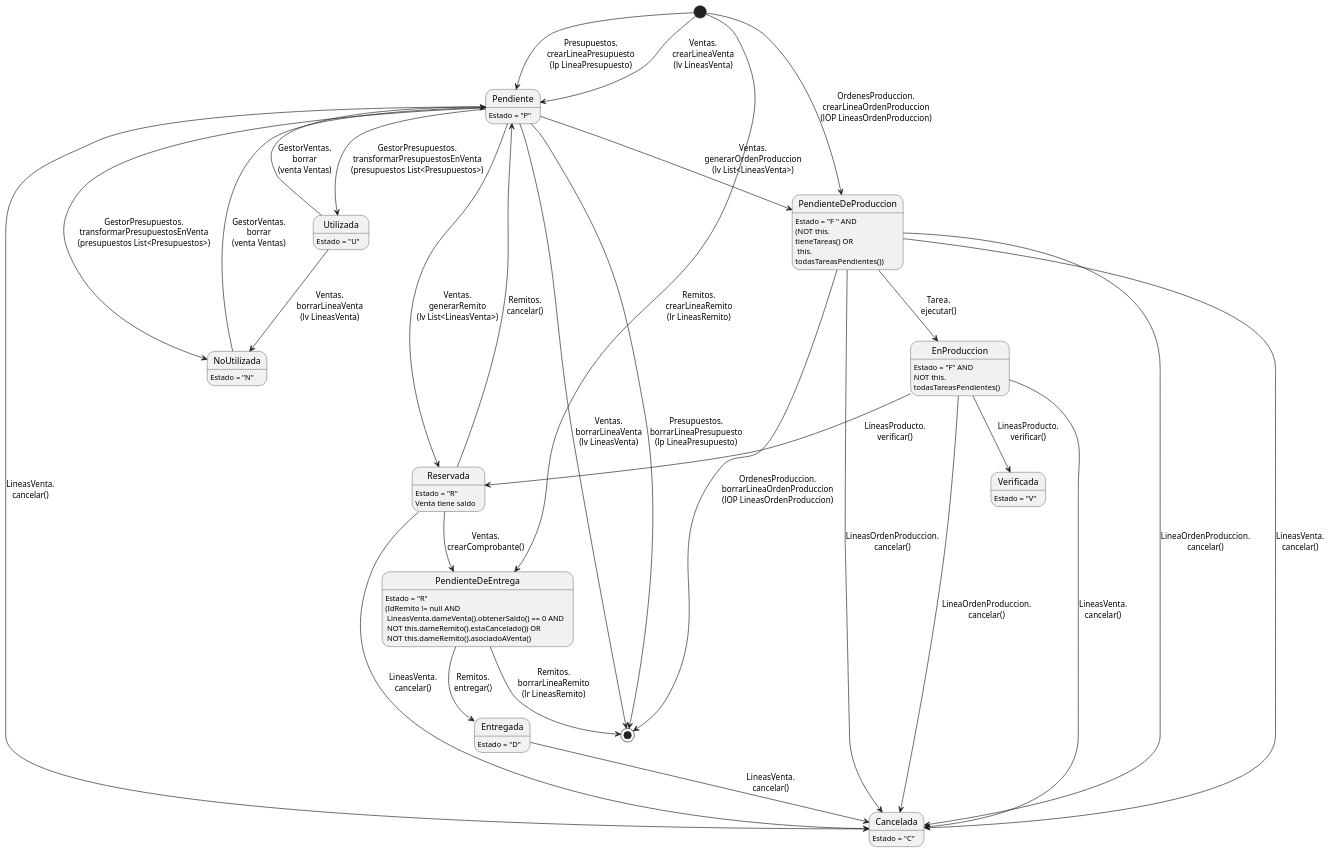
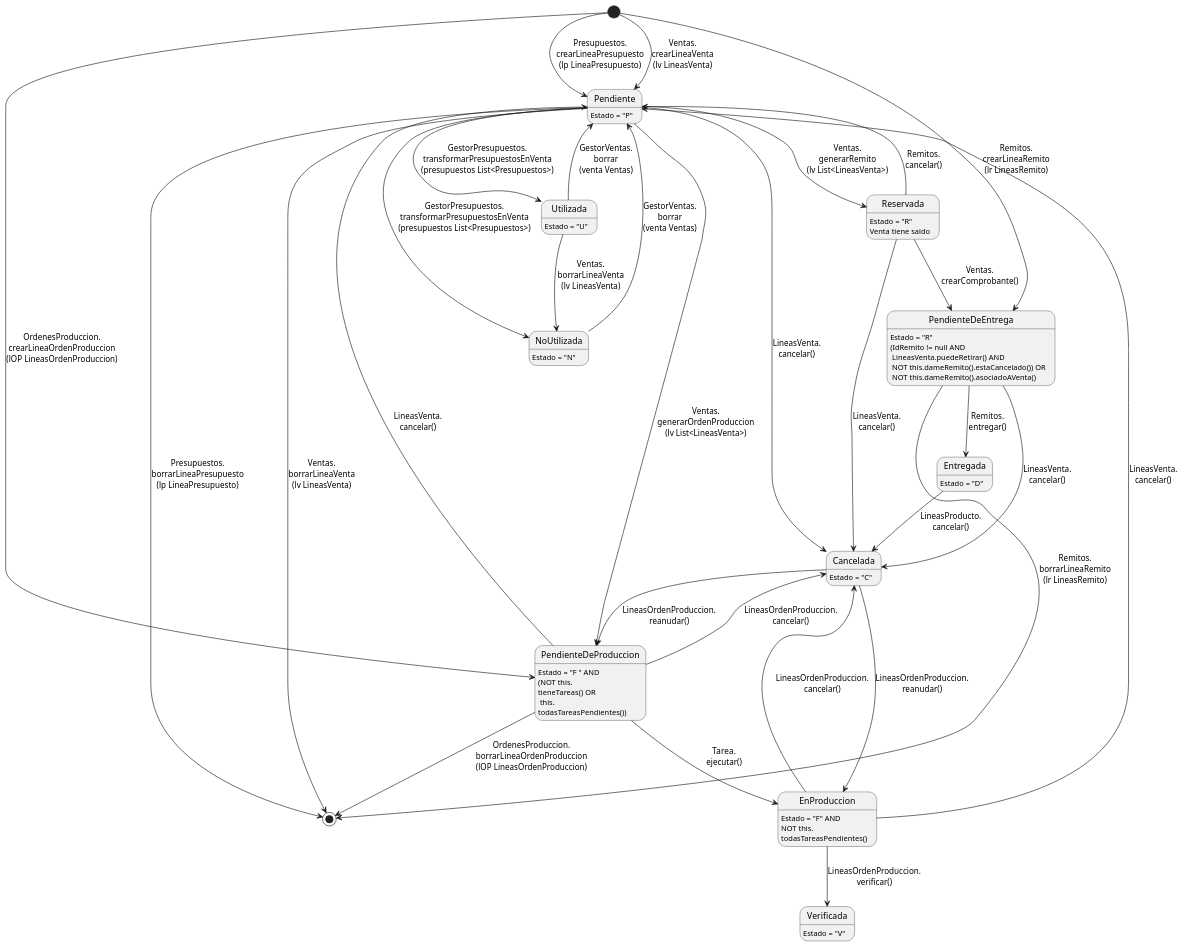
Before and after one commit to ZMGestion/DocumentacionZMGestion: the third of 7 diagrams in DiagramasEstado/DiagramaDeEstado.puml, drawn with PlantUML. The commit also changed other lines of this file and 9 other files, not shown here.

Commit message:
Cambios DiagramaDeEstado y sus imagenes

```diff
--- a/DiagramasEstado/DiagramaDeEstado.puml
+++ b/DiagramasEstado/DiagramaDeEstado.puml
@@ -40,49 +40,50 @@
 @startuml lineasProducto
 Pendiente: Estado = "P"
 Cancelada: Estado = "C"
 NoUtilizada: Estado = "N"
 Utilizada: Estado = "U"
 PendienteDeProduccion: Estado = "F " AND
 PendienteDeProduccion:(NOT this.\ntieneTareas() OR\n this.\ntodasTareasPendientes())
 EnProduccion: Estado = "F" AND
 EnProduccion: NOT this.\ntodasTareasPendientes()
 Verificada: Estado = "V"
 Reservada: Estado = "R"
 Reservada: Venta tiene saldo
 PendienteDeEntrega: Estado = "R"
-PendienteDeEntrega: (IdRemito != null AND\n LineasVenta.dameVenta().obtenerSaldo() == 0 AND\n NOT this.dameRemito().estaCancelado()) OR\n NOT this.dameRemito().asociadoAVenta()
+PendienteDeEntrega: (IdRemito != null AND\n LineasVenta.puedeRetirar() AND\n NOT this.dameRemito().estaCancelado()) OR\n NOT this.dameRemito().asociadoAVenta()
 'Hicimos que estado = D para simplicidad en la busqueda.
 Entregada: Estado = "D" 
 
 top to bottom direction
 [*] --> Pendiente: Presupuestos.\ncrearLineaPresupuesto\n(lp LineaPresupuesto)
 [*] --> Pendiente: Ventas.\ncrearLineaVenta\n(lv LineasVenta)
 [*] --> PendienteDeEntrega: Remitos.\ncrearLineaRemito\n(lr LineasRemito)
 Pendiente --> [*]: Ventas.\nborrarLineaVenta\n(lv LineasVenta)
 Pendiente --> [*]: Presupuestos.\nborrarLineaPresupuesto\n(lp LineaPresupuesto)
 [*] --> PendienteDeProduccion: OrdenesProduccion.\ncrearLineaOrdenProduccion\n(lOP LineasOrdenProduccion)
 PendienteDeProduccion --> [*]: OrdenesProduccion.\nborrarLineaOrdenProduccion\n(lOP LineasOrdenProduccion)
 Pendiente --> Utilizada: GestorPresupuestos.\ntransformarPresupuestosEnVenta\n(presupuestos List<Presupuestos>)
 Utilizada --> Pendiente: GestorVentas.\nborrar\n(venta Ventas)
 Pendiente --> NoUtilizada: GestorPresupuestos.\ntransformarPresupuestosEnVenta\n(presupuestos List<Presupuestos>)
 NoUtilizada --> Pendiente: GestorVentas.\nborrar\n(venta Ventas)
 Utilizada --> NoUtilizada: Ventas.\nborrarLineaVenta\n(lv LineasVenta)
 Pendiente --> Cancelada: LineasVenta.\ncancelar()
 Pendiente --> PendienteDeProduccion: Ventas.\ngenerarOrdenProduccion\n(lv List<LineasVenta>)
 Pendiente --> Reservada: Ventas.\ngenerarRemito\n(lv List<LineasVenta>)
 Reservada --> Pendiente: Remitos.\ncancelar()
-PendienteDeProduccion --> Cancelada: LineaOrdenProduccion.\ncancelar()
-PendienteDeProduccion --> Cancelada: LineasVenta.\ncancelar()
 PendienteDeProduccion --> Cancelada: LineasOrdenProduccion.\ncancelar()
 PendienteDeProduccion --> EnProduccion: Tarea.\nejecutar()
-EnProduccion --> Cancelada: LineaOrdenProduccion.\ncancelar()
-EnProduccion --> Cancelada: LineasVenta.\ncancelar()
+PendienteDeProduccion --> Pendiente: LineasVenta.\ncancelar()
+EnProduccion --> Cancelada: LineasOrdenProduccion.\ncancelar()
+EnProduccion --> Pendiente: LineasVenta.\ncancelar()
+Cancelada --> EnProduccion: LineasOrdenProduccion.\nreanudar()
+Cancelada --> PendienteDeProduccion: LineasOrdenProduccion.\nreanudar()
 Reservada --> Cancelada: LineasVenta.\ncancelar()
-EnProduccion --> Reservada: LineasProducto.\nverificar()
-EnProduccion --> Verificada: LineasProducto.\nverificar()
+EnProduccion --> Verificada: LineasOrdenProduccion.\nverificar()
 Reservada --> PendienteDeEntrega: Ventas.\ncrearComprobante()
 PendienteDeEntrega --> Entregada: Remitos.\nentregar()
+PendienteDeEntrega --> Cancelada: LineasVenta.\ncancelar()
 PendienteDeEntrega --> [*]: Remitos.\nborrarLineaRemito\n(lr LineasRemito)
-Entregada --> Cancelada: LineasVenta.\ncancelar()
+Entregada --> Cancelada: LineasProducto.\ncancelar()
 
 @enduml
```
